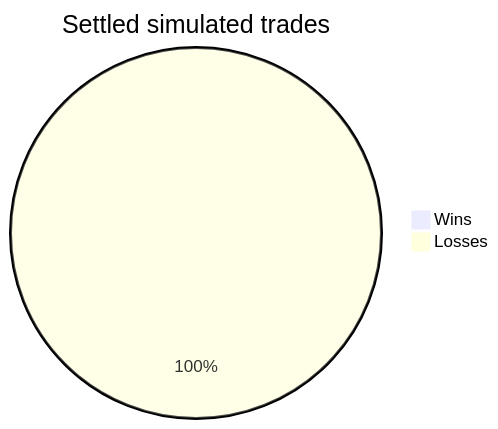
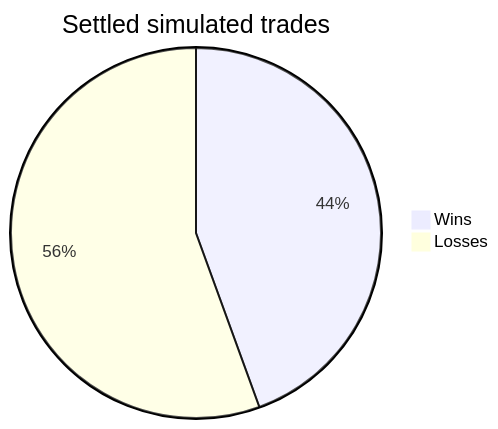
One commit to cheeseonamonkey/PaperLab changed the diagram in docs/bots/btc_reversion.md. Above: the diagram before and after it, drawn with Mermaid. The commit also changed other lines of this file and 34 other files, not shown here.

````diff
--- a/docs/bots/btc_reversion.md
+++ b/docs/bots/btc_reversion.md
@@ -22,5 +22,5 @@
 ```mermaid
 pie title Settled simulated trades
-    "Wins" : 0
-    "Losses" : 2
+    "Wins" : 4
+    "Losses" : 5
 ```
````
